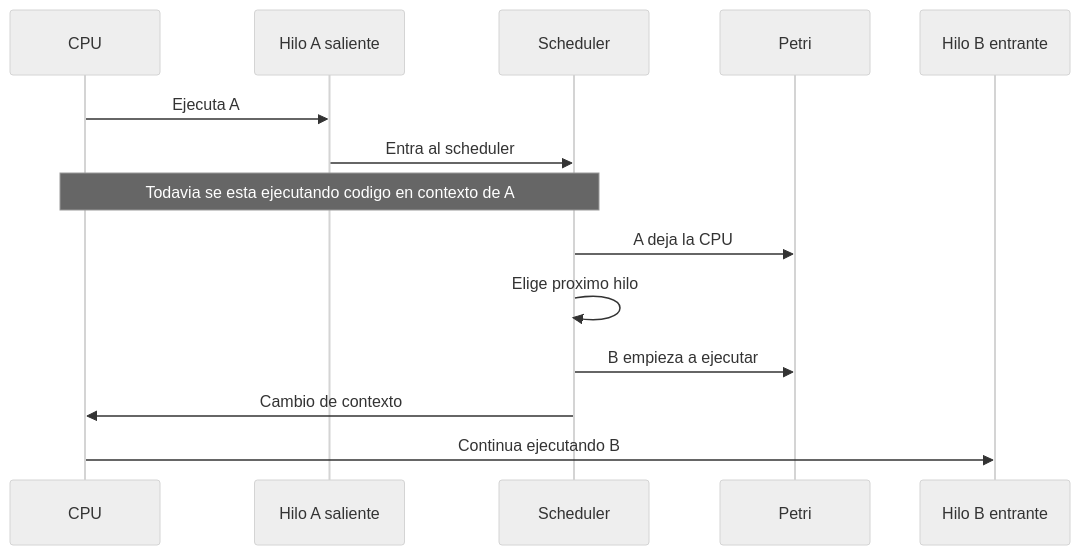
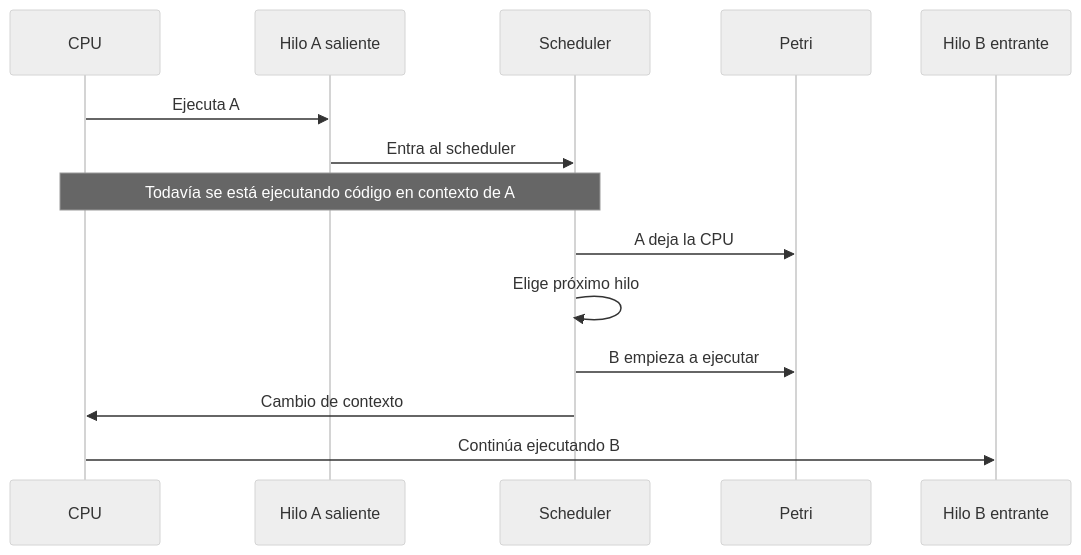
Before and after one commit to drudilea/free-bsd-scheduler: the first of 3 diagrams in project_files/migration_files/port-main/02-sched-throw.md, drawn with Mermaid (neutral theme). The commit also changed other lines of this file and 7 other files, not shown here.

````diff
--- a/project_files/migration_files/port-main/02-sched-throw.md
+++ b/project_files/migration_files/port-main/02-sched-throw.md
@@ -34,17 +34,17 @@
 ```mermaid
 sequenceDiagram
     participant CPU as CPU
     participant A as Hilo A saliente
     participant S as Scheduler
     participant P as Petri
     participant B as Hilo B entrante
 
     CPU->>A: Ejecuta A
     A->>S: Entra al scheduler
-    Note over CPU,S: Todavia se esta ejecutando codigo en contexto de A
+    Note over CPU,S: Todavía se está ejecutando código en contexto de A
     S->>P: A deja la CPU
-    S->>S: Elige proximo hilo
+    S->>S: Elige próximo hilo
     S->>P: B empieza a ejecutar
     S->>CPU: Cambio de contexto
-    CPU->>B: Continua ejecutando B
+    CPU->>B: Continúa ejecutando B
 ```
````
